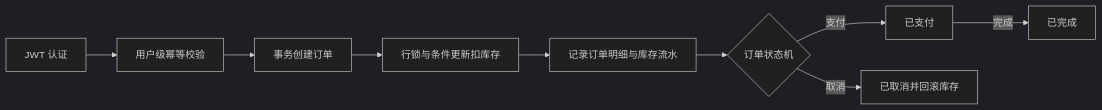
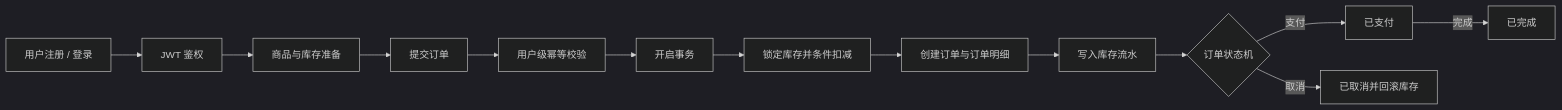
One commit to Yotoha0303/go-order-management-system-cloudnative-lab changed the diagram in README.md. Above: the diagram before and after it, drawn with Mermaid (dark theme). The commit also changed other lines of this file and 188 other files, not shown here.

````diff
--- a/README.md
+++ b/README.md
@@ -9,11 +19,15 @@
 ```mermaid
 flowchart LR
-    A[JWT 认证] --> B[用户级幂等校验]
-    B --> C[事务创建订单]
-    C --> D[行锁与条件更新扣库存]
-    D --> E[记录订单明细与库存流水]
-    E --> F{订单状态机}
-    F -->|支付| G[已支付]
-    G -->|完成| H[已完成]
-    F -->|取消| I[已取消并回滚库存]
+    A[用户注册 / 登录] --> B[JWT 鉴权]
+    B --> C[商品与库存准备]
+    C --> D[提交订单]
+    D --> E[用户级幂等校验]
+    E --> F[开启事务]
+    F --> G[锁定库存并条件扣减]
+    G --> H[创建订单与订单明细]
+    H --> I[写入库存流水]
+    I --> J{订单状态机}
+    J -->|支付| K[已支付]
+    K -->|完成| L[已完成]
+    J -->|取消| M[已取消并回滚库存]
 ```
````
